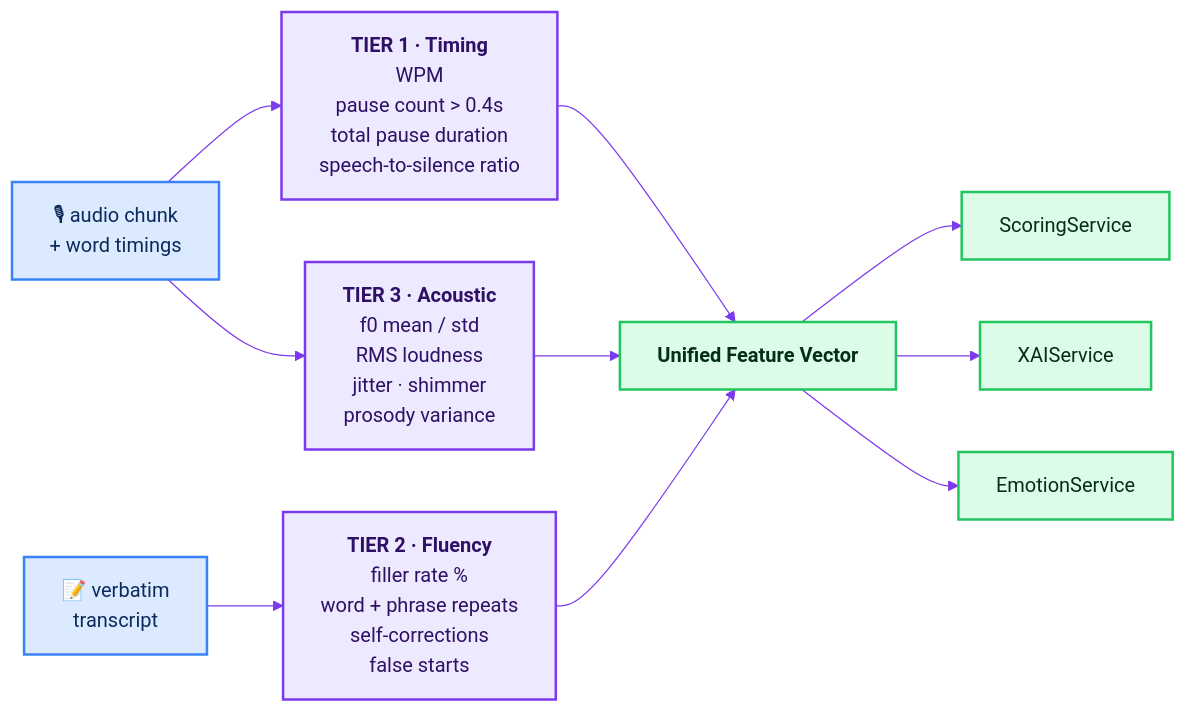
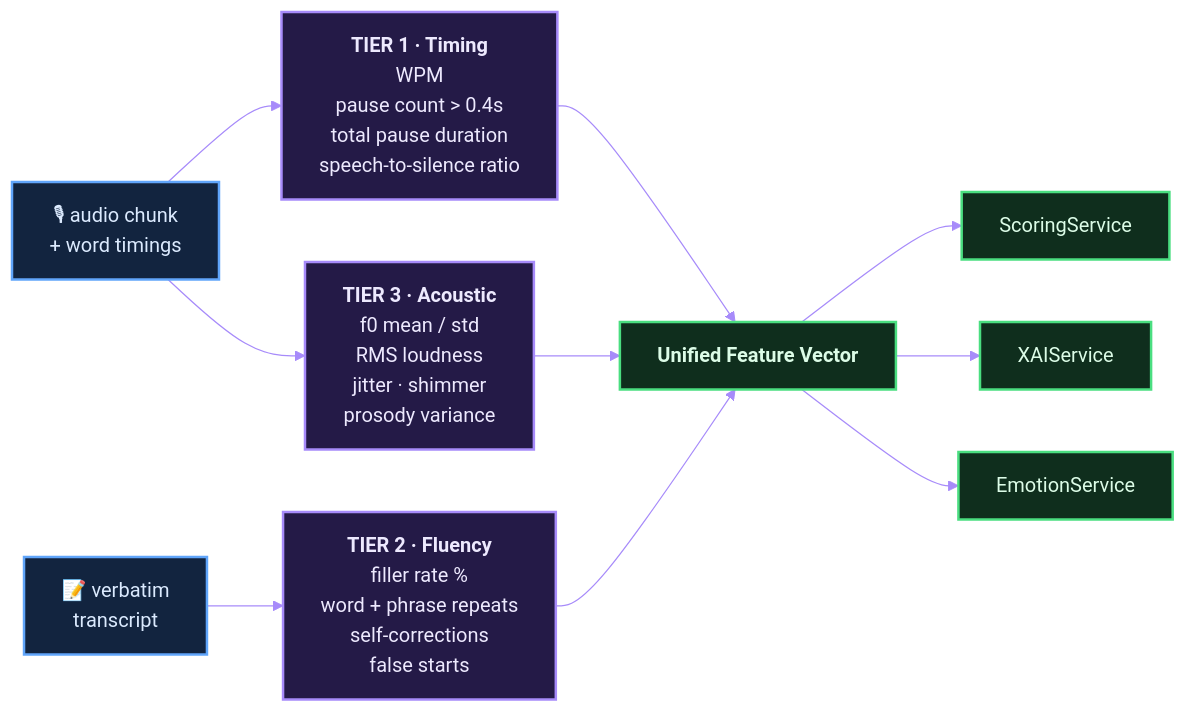
The third of 5 diagrams in README.md (vaibhav700c/Anubhav), drawn with Mermaid before and after one commit. The commit also changed other lines of this file and 1 other file, not shown here.

First line of the commit message:
docs: retheme all Mermaid diagrams for GitHub dark mode

````diff
--- a/README.md
+++ b/README.md
@@ -188,25 +188,25 @@
 ```mermaid
-%%{init: {'theme':'base','themeVariables':{'fontFamily':'Inter, system-ui, sans-serif','lineColor':'#7C3AED'}}}%%
+%%{init: {'theme':'base','themeVariables':{'fontFamily':'Inter, system-ui, sans-serif','background':'#0D1117','primaryColor':'#1E2235','primaryTextColor':'#E2E8F0','primaryBorderColor':'#A78BFA','secondaryColor':'#161929','tertiaryColor':'#14172A','mainBkg':'#1E2235','nodeBorder':'#A78BFA','nodeTextColor':'#E2E8F0','lineColor':'#A78BFA','textColor':'#E2E8F0','titleColor':'#DDD6FE','clusterBkg':'#14172A','clusterBorder':'#4C1D95','edgeLabelBackground':'#161929','labelBackground':'#161929','labelTextColor':'#E2E8F0'}}}%%
 flowchart LR
     A["🎙 audio chunk<br/>+ word timings"] --> T1
     A --> T3
     B["📝 verbatim<br/>transcript"] --> T2
 
     T1["<b>TIER 1 · Timing</b><br/>WPM<br/>pause count &gt; 0.4s<br/>total pause duration<br/>speech-to-silence ratio"]
     T2["<b>TIER 2 · Fluency</b><br/>filler rate %<br/>word + phrase repeats<br/>self-corrections<br/>false starts"]
     T3["<b>TIER 3 · Acoustic</b><br/>f0 mean / std<br/>RMS loudness<br/>jitter · shimmer<br/>prosody variance"]
 
     T1 --> V["<b>Unified Feature Vector</b>"]
     T2 --> V
     T3 --> V
     V --> S["ScoringService"]
     V --> X["XAIService"]
     V --> E["EmotionService"]
 
-    classDef tier fill:#EDE9FE,stroke:#7C3AED,stroke-width:2px,color:#2E1065
-    classDef io fill:#DBEAFE,stroke:#3B82F6,stroke-width:2px,color:#0C2A5B
-    classDef out fill:#DCFCE7,stroke:#22C55E,stroke-width:2px,color:#052E16
+    classDef tier fill:#241A47,stroke:#A78BFA,stroke-width:2px,color:#EDE9FE
+    classDef io fill:#12243F,stroke:#60A5FA,stroke-width:2px,color:#DBEAFE
+    classDef out fill:#0F2E1D,stroke:#4ADE80,stroke-width:2px,color:#DCFCE7
     class T1,T2,T3 tier
     class A,B io
     class V,S,X,E out
 ```
````
